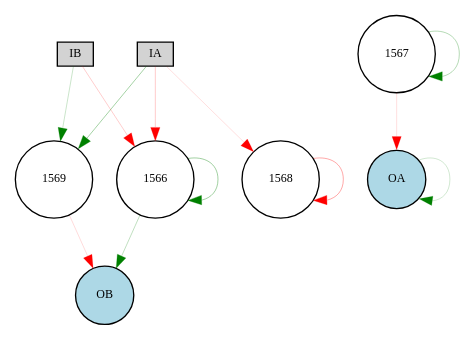
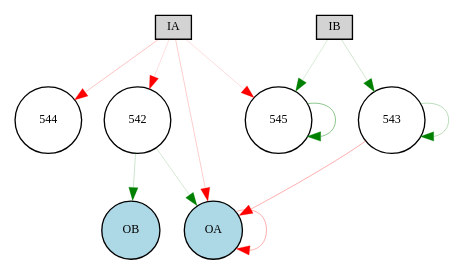
The diagram in source/cont_exp/Digraph.gv (danxan/neuromorphic-evolution), drawn with Graphviz before and after one commit. The commit also changed 6 other files, not shown here.

```diff
--- a/source/cont_exp/Digraph.gv
+++ b/source/cont_exp/Digraph.gv
@@ -1,22 +1,21 @@
 digraph {
 	node [fontsize=9 height=0.2 shape=circle width=0.2]
 	IA [fillcolor=lightgray shape=box style=filled]
 	IB [fillcolor=lightgray shape=box style=filled]
 	OA [fillcolor=lightblue style=filled]
 	OB [fillcolor=lightblue style=filled]
-	1569 [fillcolor=white style=filled]
-	1566 [fillcolor=white style=filled]
-	1567 [fillcolor=white style=filled]
-	IA -> 1566 [color=red penwidth=0.1631764327173632 style=solid]
-	IA -> 1568 [color=red penwidth=0.1 style=solid]
-	IA -> 1569 [color=green penwidth=0.2679593457319775 style=solid]
-	IB -> 1566 [color=red penwidth=0.15016537033954463 style=solid]
-	IB -> 1569 [color=green penwidth=0.1586369992698376 style=solid]
-	1566 -> OB [color=green penwidth=0.1923451186994945 style=solid]
-	1567 -> OA [color=red penwidth=0.1 style=solid]
-	1569 -> OB [color=red penwidth=0.10763856503677793 style=solid]
-	OA -> OA [color=green penwidth=0.13781129975421932 style=solid]
-	1566 -> 1566 [color=green penwidth=0.2847895105734617 style=solid]
-	1567 -> 1567 [color=green penwidth=0.22279042542887886 style=solid]
-	1568 -> 1568 [color=red penwidth=0.2553996469478558 style=solid]
+	542 [fillcolor=white style=filled]
+	543 [fillcolor=white style=filled]
+	IA -> 542 [color=red penwidth=0.1 style=solid]
+	IA -> 544 [color=red penwidth=0.1810784852161496 style=solid]
+	IA -> 545 [color=red penwidth=0.1 style=solid]
+	IB -> 543 [color=green penwidth=0.13607224903850917 style=solid]
+	IB -> 545 [color=green penwidth=0.12154729647182189 style=solid]
+	542 -> OA [color=green penwidth=0.12830094701139522 style=solid]
+	542 -> OB [color=green penwidth=0.14890304147423383 style=solid]
+	543 -> OA [color=red penwidth=0.23932575654841998 style=solid]
+	IA -> OA [color=red penwidth=0.1490242618423221 style=solid]
+	OA -> OA [color=red penwidth=0.23663232963459582 style=solid]
+	543 -> 543 [color=green penwidth=0.1993606128291317 style=solid]
+	545 -> 545 [color=green penwidth=0.3407859630813904 style=solid]
 }
```
